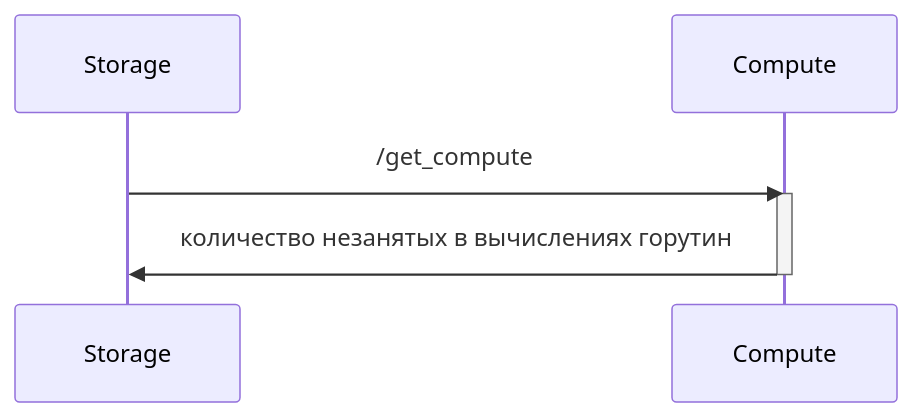
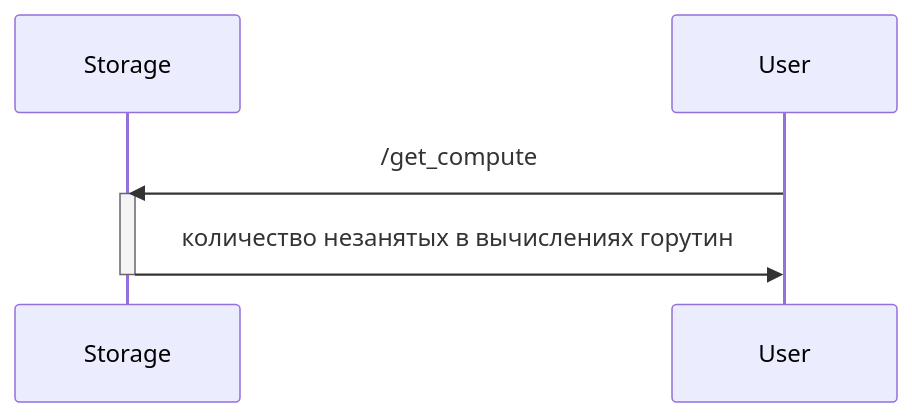
The tenth of 10 diagrams in README.md (XJIeI5/calculator), drawn with Mermaid before and after one commit.

````diff
--- a/README.md
+++ b/README.md
@@ -282,10 +282,10 @@
 ```mermaid
 sequenceDiagram
 participant S as Storage
-participant C as Compute
+participant U as User
 
-S->>C: /get_compute
-activate C
-C->>S: количество незанятых в вычислениях горутин
-deactivate C
+U->>S: /get_compute
+activate S
+S->>U: количество незанятых в вычислениях горутин
+deactivate S
 ```
````
